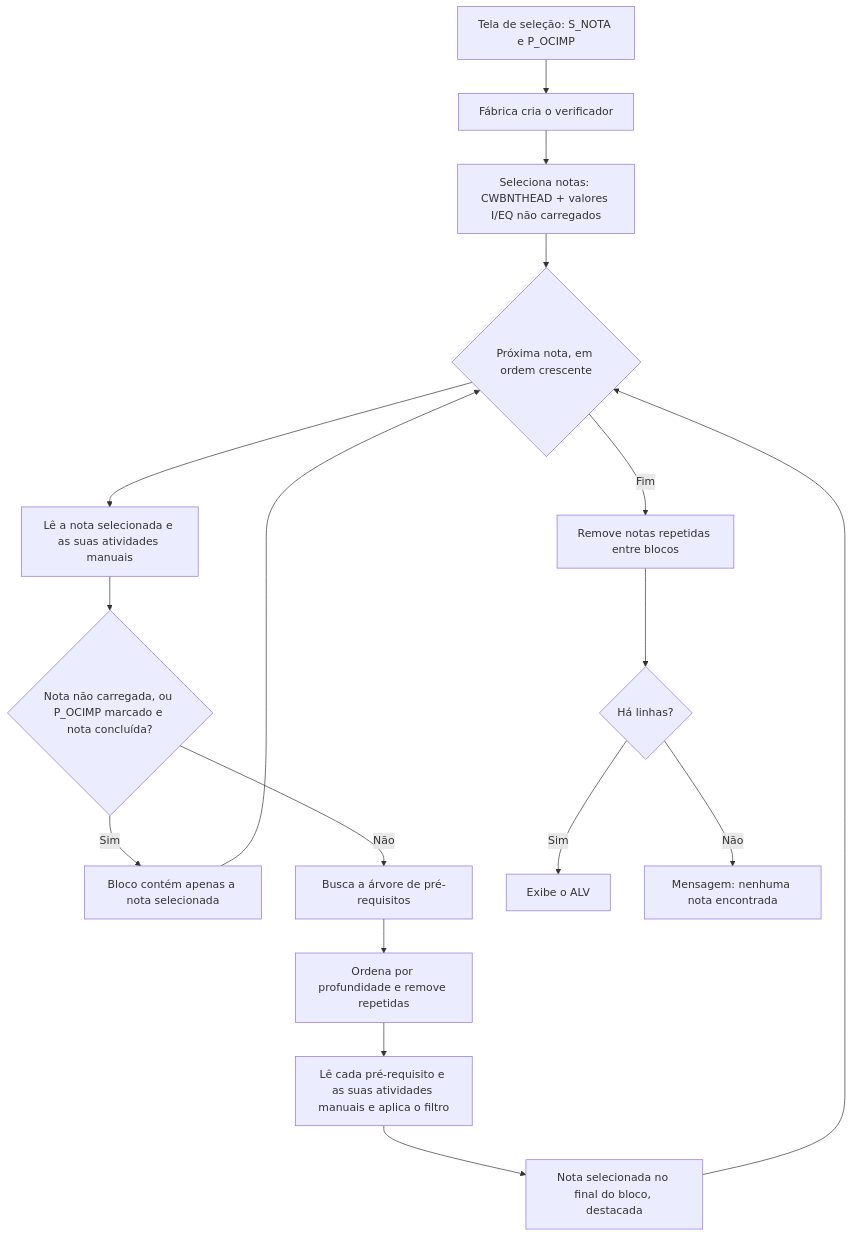
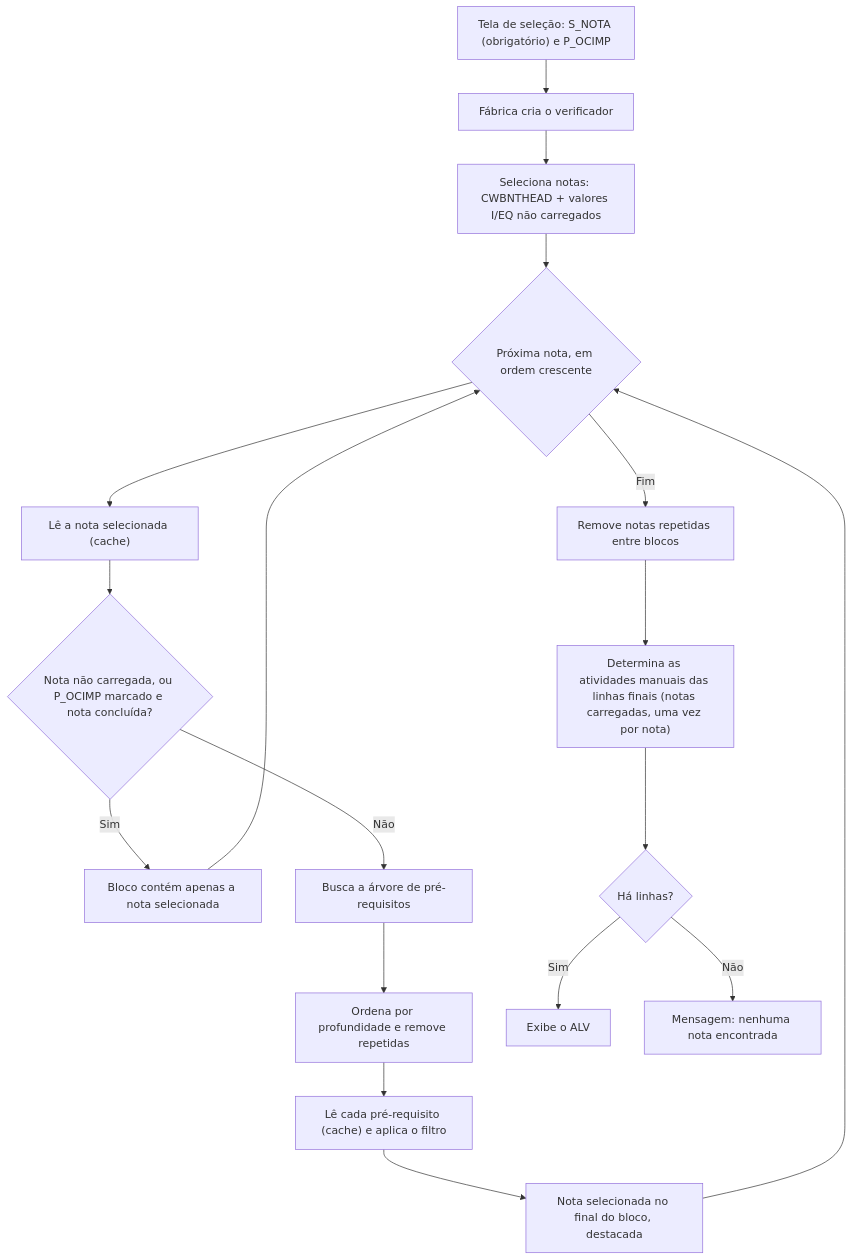
The second of 4 diagrams in README.md (JoaoFerrareis02/Projeto-Verificador-Notas-SAP), drawn with Mermaid before and after one commit. The commit also changed other lines of this file, not shown here.

````diff
--- a/README.md
+++ b/README.md
@@ -102,19 +111,20 @@
 ```mermaid
 flowchart TD
-    A["Tela de seleção: S_NOTA e P_OCIMP"] --> B["Fábrica cria o verificador"]
+    A["Tela de seleção: S_NOTA (obrigatório) e P_OCIMP"] --> B["Fábrica cria o verificador"]
     B --> C["Seleciona notas: CWBNTHEAD + valores I/EQ não carregados"]
     C --> D{"Próxima nota, em ordem crescente"}
-    D --> E["Lê a nota selecionada e as suas atividades manuais"]
+    D --> E["Lê a nota selecionada (cache)"]
     E --> F{"Nota não carregada, ou P_OCIMP marcado e nota concluída?"}
     F -- Sim --> K["Bloco contém apenas a nota selecionada"]
     F -- Não --> G["Busca a árvore de pré-requisitos"]
     G --> H["Ordena por profundidade e remove repetidas"]
-    H --> I["Lê cada pré-requisito e as suas atividades manuais e aplica o filtro"]
+    H --> I["Lê cada pré-requisito (cache) e aplica o filtro"]
     I --> J["Nota selecionada no final do bloco, destacada"]
     J --> D
     K --> D
     D -- Fim --> M["Remove notas repetidas entre blocos"]
-    M --> N{"Há linhas?"}
+    M --> Q["Determina as atividades manuais das linhas finais (notas carregadas, uma vez por nota)"]
+    Q --> N{"Há linhas?"}
     N -- Sim --> O["Exibe o ALV"]
     N -- Não --> P["Mensagem: nenhuma nota encontrada"]
 ```
````
